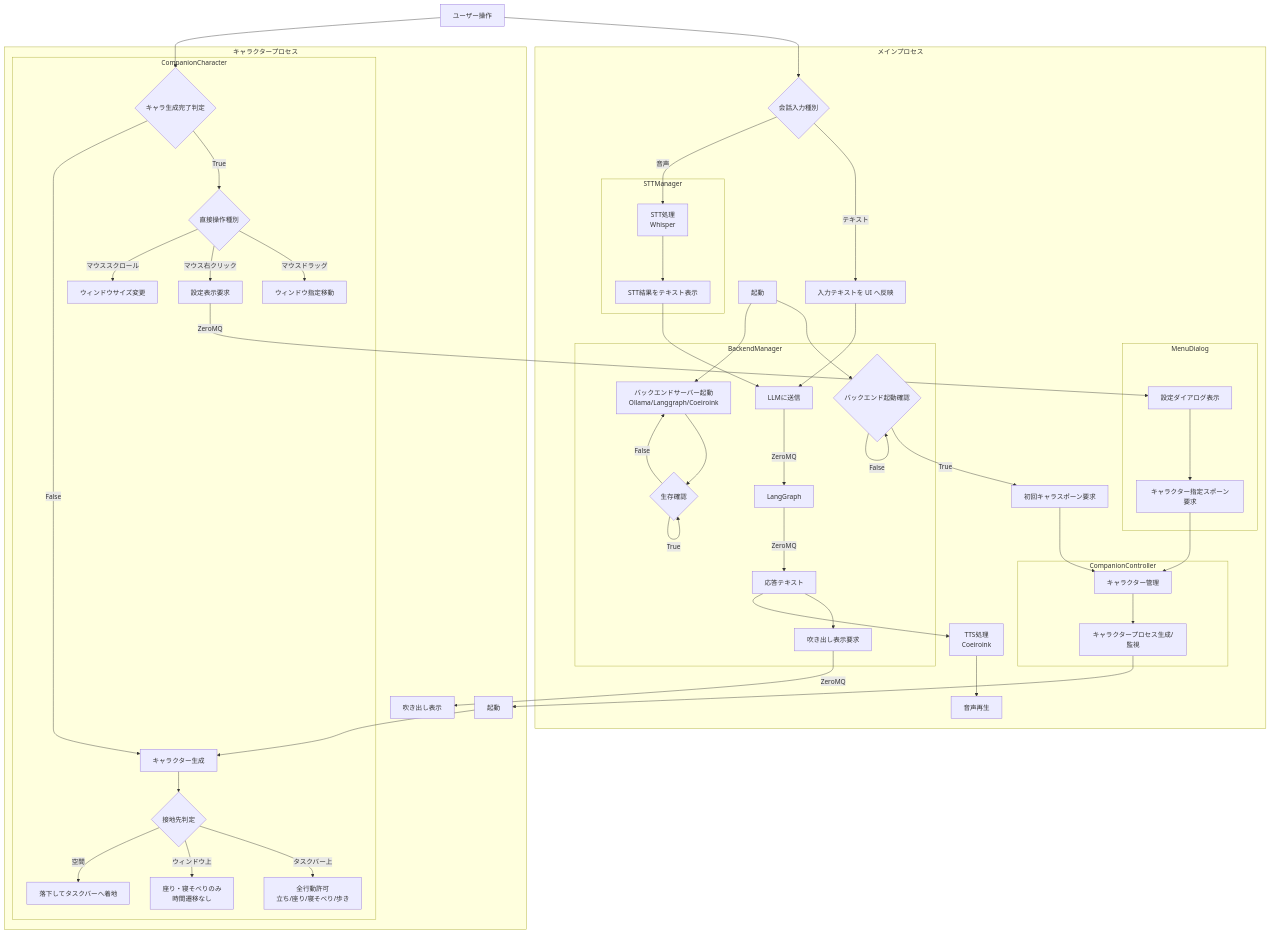
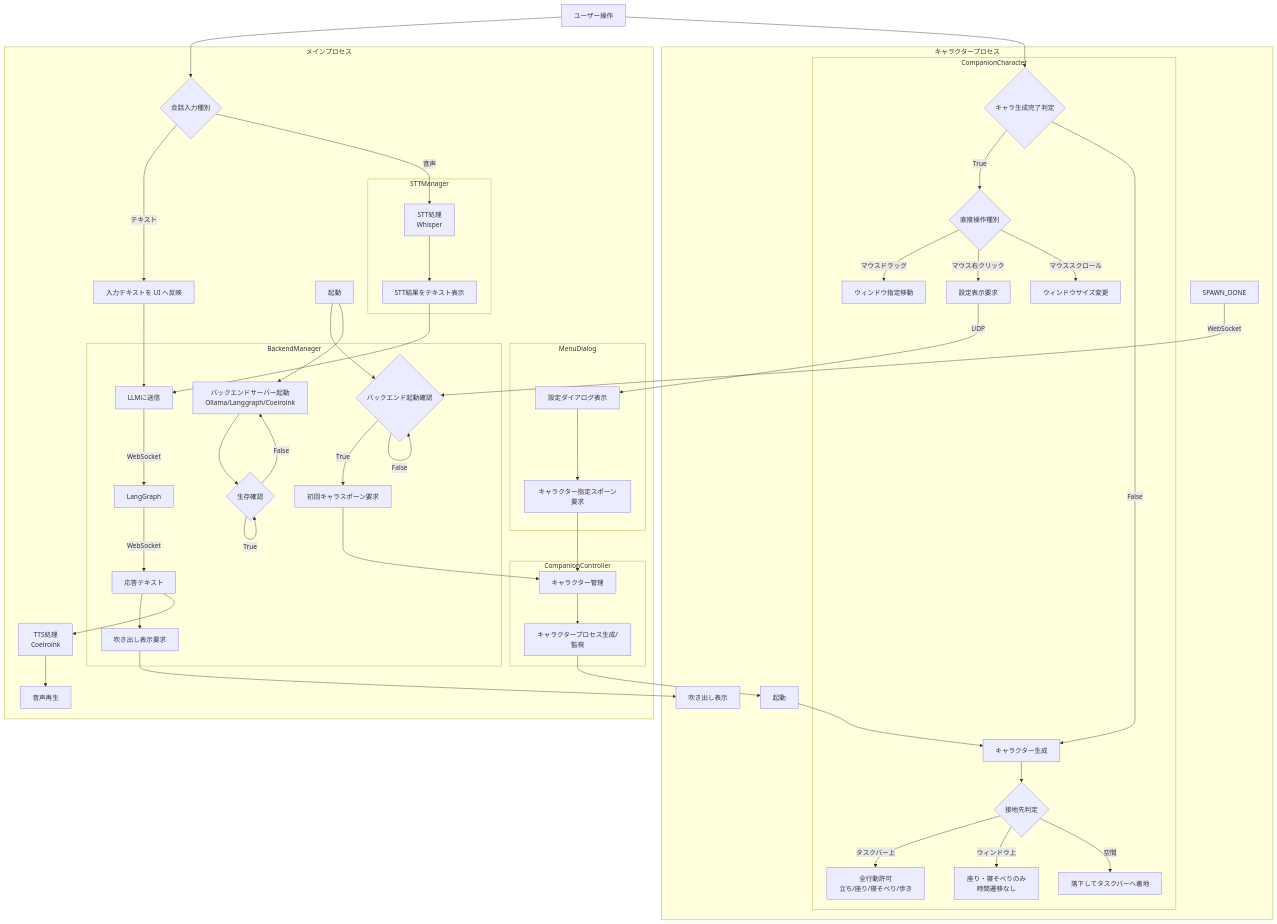
The first of 2 diagrams in docs/system.md (antem0613/DesktopAgent), drawn with Mermaid before and after one commit. The commit also changed other lines of this file and 25 other files, not shown here.

````diff
--- a/docs/system.md
+++ b/docs/system.md
@@ -5,70 +5,71 @@
 ```mermaid
 flowchart TD
     U[ユーザー操作] --> CHAT_IN{会話入力種別}
     U --> SPWN_CHECK
 
     subgraph メインプロセス
         subgraph MenuDialog
             SETTING[設定ダイアログ表示]
             SETTING --> REQSPWN[キャラクター指定スポーン要求]
         end
 
         BOOTMAIN[起動]-->CHECKBACK{バックエンド起動確認}
-        CHECKBACK -- True --> FRSTSPWN
-        CHECKBACK -- False --> CHECKBACK
         FRSTSPWN[初回キャラスポーン要求] --> CHRCTRL
         BOOTMAIN --> BOOTBACK
 
         subgraph BackendManager
             BOOTBACK[バックエンドサーバー起動<br/>Ollama/Langgraph/Coeiroink] --> HRTBEAT
             HRTBEAT{生存確認} -- True --> HRTBEAT
             HRTBEAT -- False --> BOOTBACK
-            SEND[LLMに送信] -- ZeroMQ --> AGENT[LangGraph]
-            AGENT -- ZeroMQ --> RESP[応答テキスト]
+            SEND[LLMに送信] -- WebSocket --> AGENT[LangGraph]
+            AGENT -- WebSocket --> RESP[応答テキスト]
             RESP --> REQBBL[吹き出し表示要求]
             CHECKBACK{バックエンド起動確認}
+            CHECKBACK -- True --> FRSTSPWN
+            CHECKBACK -- False --> CHECKBACK
         end
 
         CHAT_IN -->|テキスト| TX[入力テキストを UI へ反映]
         CHAT_IN -->|音声| STT
 
         subgraph STTManager
             STT[STT処理<br/>Whisper] --> STTRES[STT結果をテキスト表示]
         end
 
         TX --> SEND
         STTRES --> SEND
         
         RESP --> TTS[TTS処理<br/>Coeiroink]
         TTS --> AUDIO[音声再生]
 
         subgraph CompanionController
             CHRCTRL[キャラクター管理]
             CHRCTRL --> CHARPROC[キャラクタープロセス生成/監視]
         end
         
         REQSPWN --> CHRCTRL 
     end
 
     subgraph キャラクタープロセス
         CHARPROC --> BOOTCHR
         BOOTCHR[起動] --> SPAWN
 
         subgraph CompanionCharacter
         SPAWN[キャラクター生成]
         SPAWN --> RULE{接地先判定}
         SPWN_CHECK{キャラ生成完了判定} -- True --> OP_IN{直接操作種別}
         SPWN_CHECK -- False --> SPAWN
 
         RULE -->|タスクバー上| ACT1[全行動許可<br/>立ち/座り/寝そべり/歩き]
         RULE -->|ウィンドウ上| ACT2[座り・寝そべりのみ<br/>時間遷移なし]
         RULE -->|空間| ACT3[落下してタスクバーへ着地]
         OP_IN -->|マウスドラッグ| MOVE[ウィンドウ指定移動]
         OP_IN -->|マウス右クリック| REQSTG[設定表示要求]
         OP_IN -->|マウススクロール| SCL[ウィンドウサイズ変更]
         end
 
-        REQSTG -- ZeroMQ --> SETTING
-        REQBBL -- ZeroMQ --> BUBBLE[吹き出し表示]
+        REQSTG -- UDP --> SETTING
+        SPAWN_DONE -- WebSocket --> CHECKBACK
+        REQBBL --> BUBBLE[吹き出し表示]
     end
 ```
````
